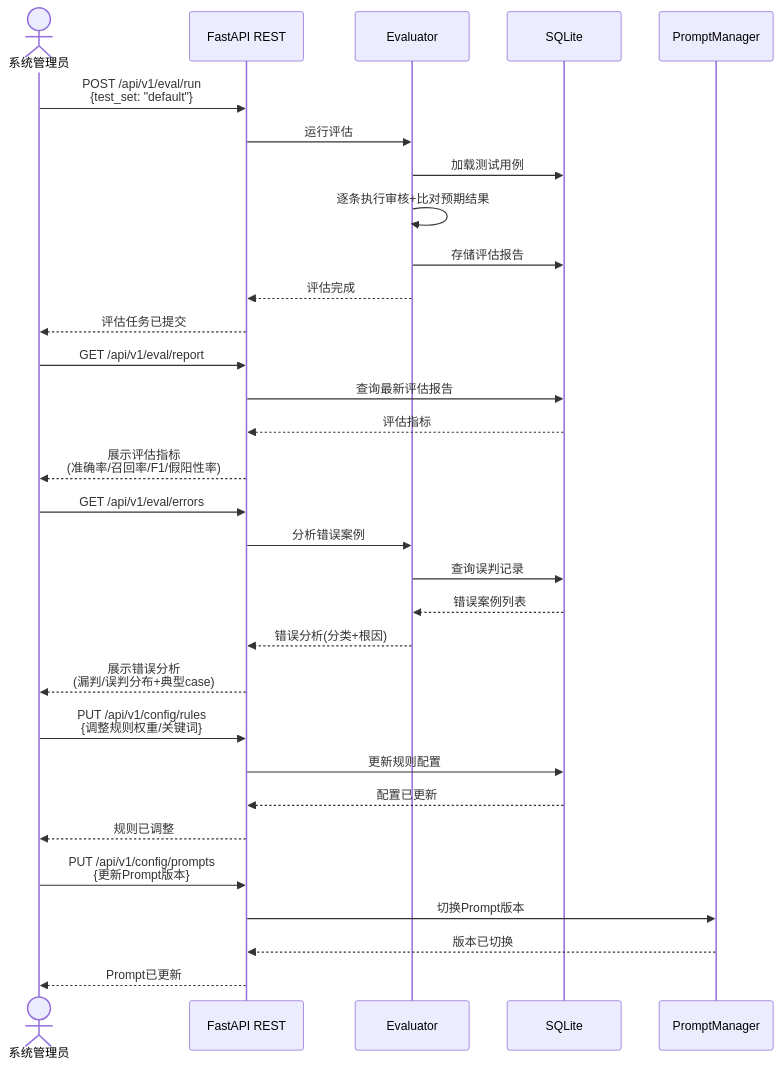
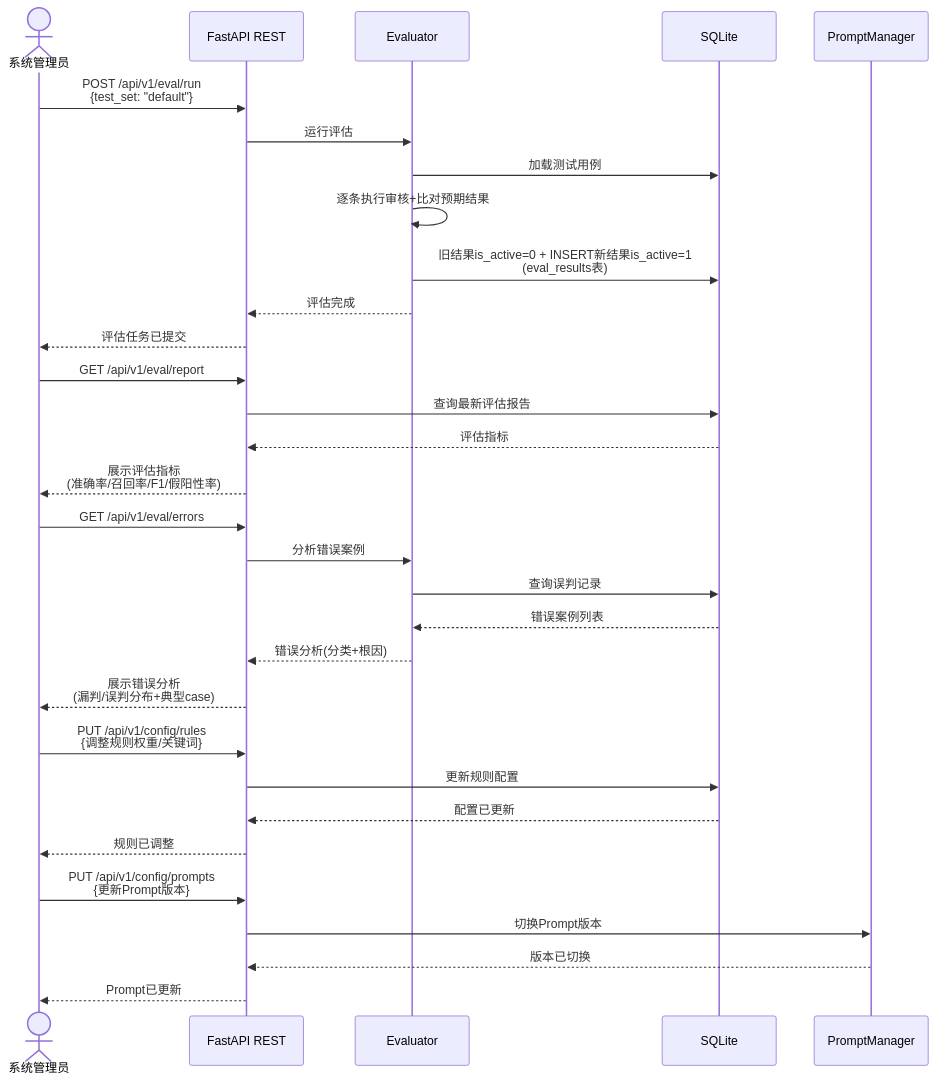
One commit to elaine2233/AI-Agent-RAG-for-complaince changed diagram 14 of 14 in docs/archive/architecture-overview.md. Above: the diagram before and after it, drawn with Mermaid. The commit also changed 8 other files, not shown here.

````diff
--- a/docs/archive/architecture-overview.md
+++ b/docs/archive/architecture-overview.md
@@ -1044,38 +1044,38 @@
 ```mermaid
 sequenceDiagram
     actor Admin as 系统管理员
     participant API as FastAPI REST
     participant Eval as Evaluator
     participant DB as SQLite
     participant PM as PromptManager
 
     Admin->>API: POST /api/v1/eval/run<br/>{test_set: "default"}
     API->>Eval: 运行评估
     Eval->>DB: 加载测试用例
     Eval->>Eval: 逐条执行审核+比对预期结果
-    Eval->>DB: 存储评估报告
+    Eval->>DB: 旧结果is_active=0 + INSERT新结果is_active=1<br/>(eval_results表)
     Eval-->>API: 评估完成
     API-->>Admin: 评估任务已提交
 
     Admin->>API: GET /api/v1/eval/report
     API->>DB: 查询最新评估报告
     DB-->>API: 评估指标
     API-->>Admin: 展示评估指标<br/>(准确率/召回率/F1/假阳性率)
 
     Admin->>API: GET /api/v1/eval/errors
     API->>Eval: 分析错误案例
     Eval->>DB: 查询误判记录
     DB-->>Eval: 错误案例列表
     Eval-->>API: 错误分析(分类+根因)
     API-->>Admin: 展示错误分析<br/>(漏判/误判分布+典型case)
 
     Admin->>API: PUT /api/v1/config/rules<br/>{调整规则权重/关键词}
     API->>DB: 更新规则配置
     DB-->>API: 配置已更新
     API-->>Admin: 规则已调整
 
     Admin->>API: PUT /api/v1/config/prompts<br/>{更新Prompt版本}
     API->>PM: 切换Prompt版本
     PM-->>API: 版本已切换
     API-->>Admin: Prompt已更新
 ```
````
